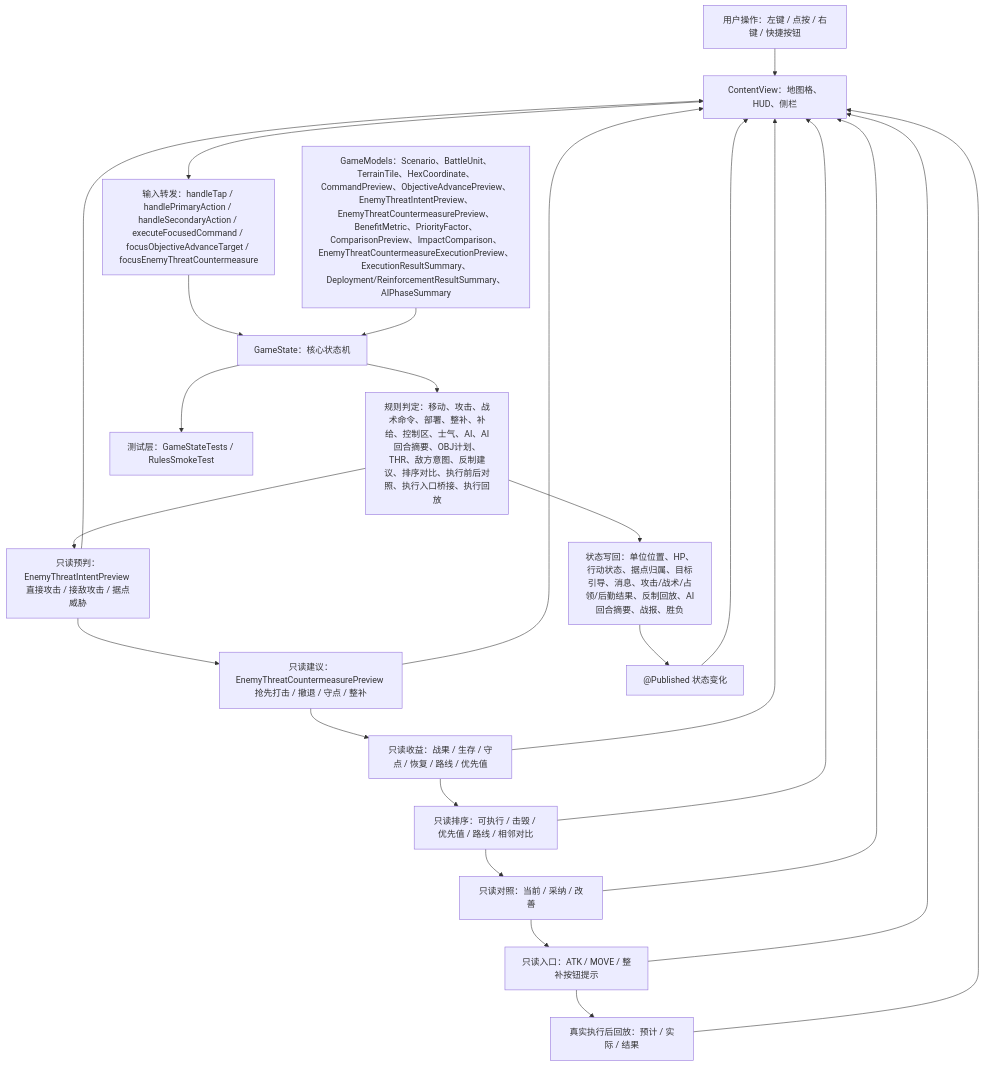
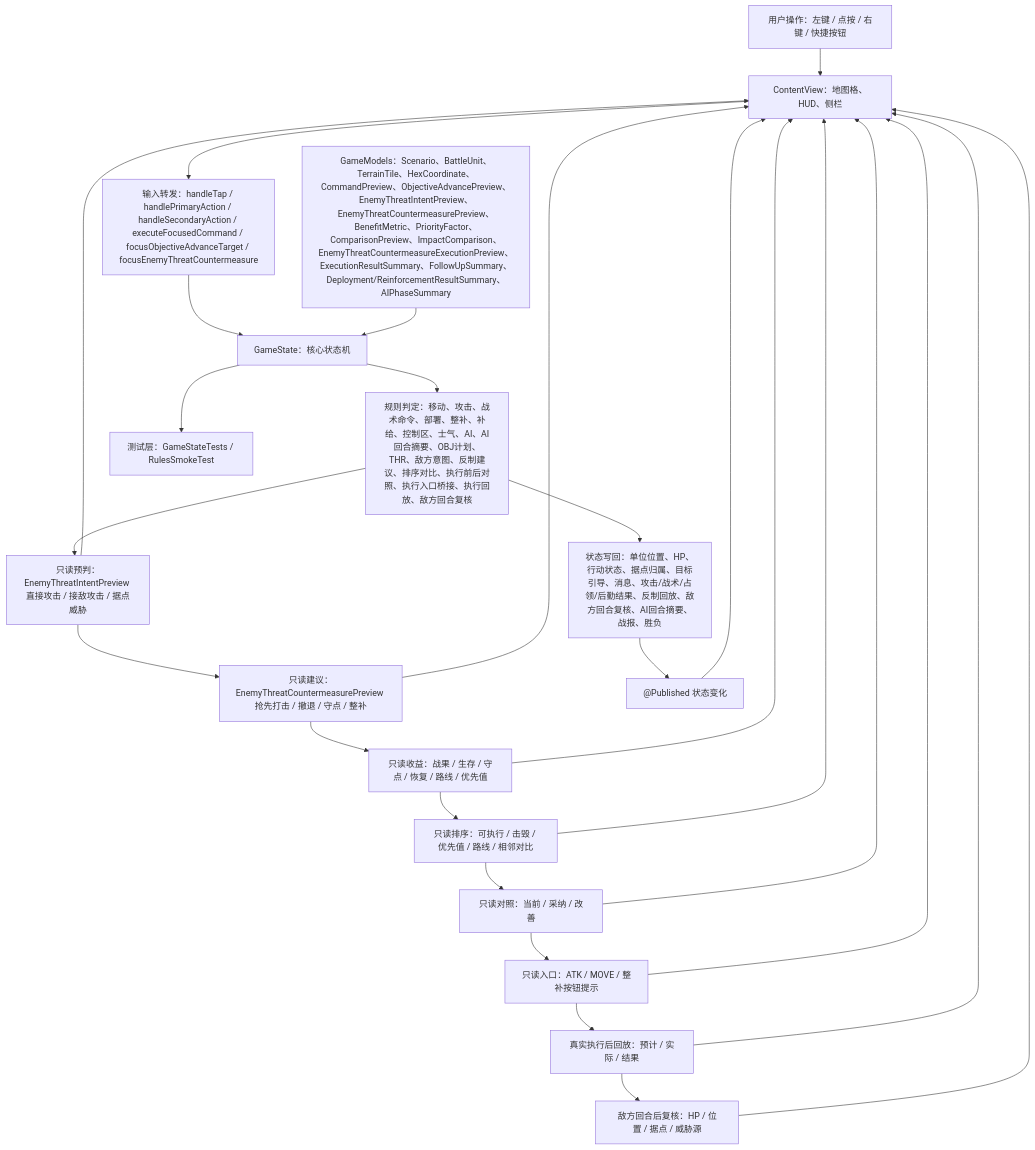
Before and after one commit to Altman-sam114/116: the first of 5 diagrams in md/flow/flowchart.md, drawn with Mermaid. The commit also changed other lines of this file and 10 other files, not shown here.

````diff
--- a/md/flow/flowchart.md
+++ b/md/flow/flowchart.md
@@ -9,26 +9,28 @@
 ```mermaid
 flowchart TD
   U["用户操作：左键 / 点按 / 右键 / 快捷按钮"] --> V["ContentView：地图格、HUD、侧栏"]
   V --> I["输入转发：handleTap / handlePrimaryAction / handleSecondaryAction / executeFocusedCommand / focusObjectiveAdvanceTarget / focusEnemyThreatCountermeasure"]
   I --> S["GameState：核心状态机"]
-  M["GameModels：Scenario、BattleUnit、TerrainTile、HexCoordinate、CommandPreview、ObjectiveAdvancePreview、EnemyThreatIntentPreview、EnemyThreatCountermeasurePreview、BenefitMetric、PriorityFactor、ComparisonPreview、ImpactComparison、EnemyThreatCountermeasureExecutionPreview、ExecutionResultSummary、Deployment/ReinforcementResultSummary、AIPhaseSummary"] --> S
-  S --> R["规则判定：移动、攻击、战术命令、部署、整补、补给、控制区、士气、AI、AI回合摘要、OBJ计划、THR、敌方意图、反制建议、排序对比、执行前后对照、执行入口桥接、执行回放"]
-  R --> W["状态写回：单位位置、HP、行动状态、据点归属、目标引导、消息、攻击/战术/占领/后勤结果、反制回放、AI回合摘要、战报、胜负"]
+  M["GameModels：Scenario、BattleUnit、TerrainTile、HexCoordinate、CommandPreview、ObjectiveAdvancePreview、EnemyThreatIntentPreview、EnemyThreatCountermeasurePreview、BenefitMetric、PriorityFactor、ComparisonPreview、ImpactComparison、EnemyThreatCountermeasureExecutionPreview、ExecutionResultSummary、FollowUpSummary、Deployment/ReinforcementResultSummary、AIPhaseSummary"] --> S
+  S --> R["规则判定：移动、攻击、战术命令、部署、整补、补给、控制区、士气、AI、AI回合摘要、OBJ计划、THR、敌方意图、反制建议、排序对比、执行前后对照、执行入口桥接、执行回放、敌方回合复核"]
+  R --> W["状态写回：单位位置、HP、行动状态、据点归属、目标引导、消息、攻击/战术/占领/后勤结果、反制回放、敌方回合复核、AI回合摘要、战报、胜负"]
   R --> EI["只读预判：EnemyThreatIntentPreview 直接攻击 / 接敌攻击 / 据点威胁"]
   EI --> EC["只读建议：EnemyThreatCountermeasurePreview 抢先打击 / 撤退 / 守点 / 整补"]
   EC --> BM["只读收益：战果 / 生存 / 守点 / 恢复 / 路线 / 优先值"]
   BM --> PC["只读排序：可执行 / 击毁 / 优先值 / 路线 / 相邻对比"]
   PC --> IP["只读对照：当前 / 采纳 / 改善"]
   IP --> EB["只读入口：ATK / MOVE / 整补按钮提示"]
   EB --> XR["真实执行后回放：预计 / 实际 / 结果"]
+  XR --> FV["敌方回合后复核：HP / 位置 / 据点 / 威胁源"]
   W --> P["@Published 状态变化"]
   P --> V
   EI --> V
   EC --> V
   BM --> V
   PC --> V
   IP --> V
   EB --> V
   XR --> V
+  FV --> V
   S --> T["测试层：GameStateTests / RulesSmokeTest"]
 ```
````
